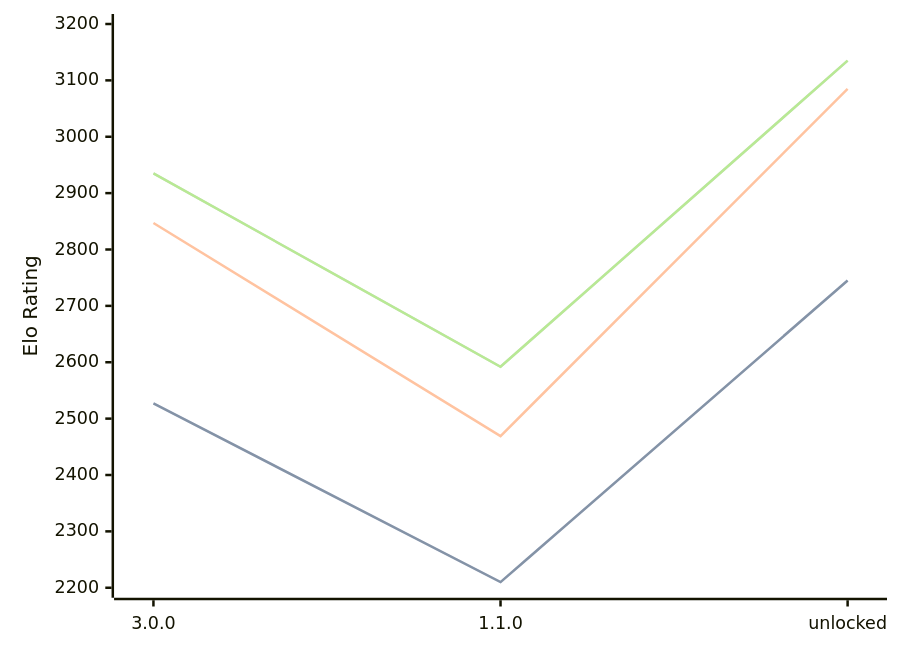
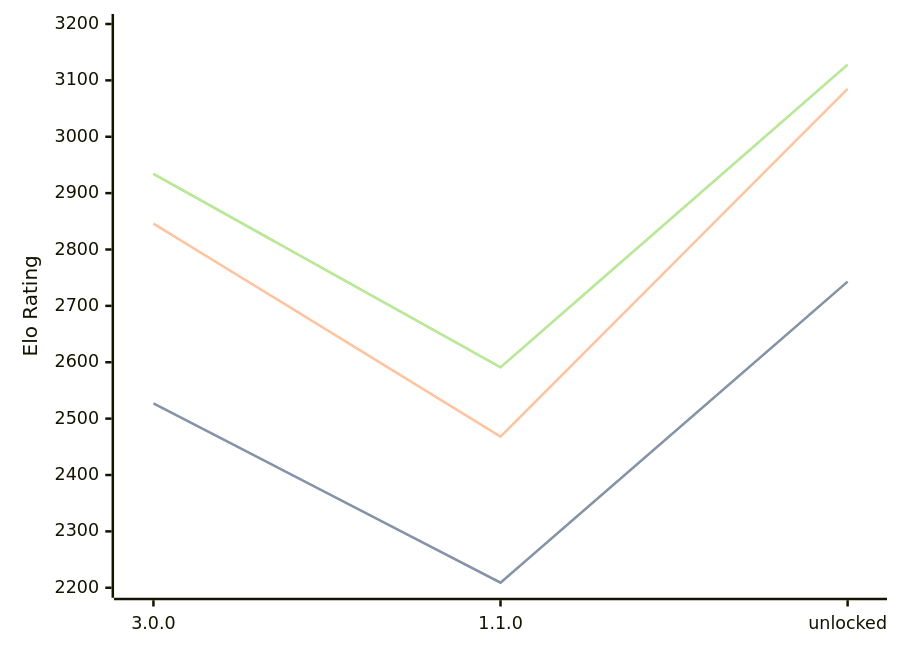
The diagram in engines/Potential.md (computer-chess-index/cci), drawn with Mermaid before and after one commit. The commit also changed other lines of this file, not shown here.

Commit message:
Update CCI Ratings (ELO VLTC) - 2026-08-04

````diff
--- a/engines/Potential.md
+++ b/engines/Potential.md
@@ -35,11 +35,11 @@
 ```mermaid
 %%{init: {"theme":"base","themeVariables":{"seriesColors:['#a3a3a3','#222221','#faa371']}}}%%
 xychart-beta
   x-axis ["3.0.0", "1.1.0", "unlocked"]
   y-axis "Elo Rating" 2200 --> 3200
-  line "STC (8.0+0.08s)" [2527, 2210, 2745]
-  line "STC (8.0+0.08s)" [2527, 2210, 2745]
-  line "LTC (60.0+0.60s)" [2847, 2469, 3085]
-  line "VLTC (2m24s+1.12s)" [2935, 2592, 3135]
-  line "VLTC (2m24s+1.12s)" [2935, 2592, 3135]
+  line "STC (8.0+0.08s)" [2527, 2209, 2743]
+  line "STC (8.0+0.08s)" [2527, 2209, 2743]
+  line "LTC (60.0+0.60s)" [2846, 2468, 3085]
+  line "VLTC (2m24s+1.12s)" [2934, 2591, 3128]
+  line "VLTC (2m24s+1.12s)" [2934, 2591, 3128]
 ```
````
